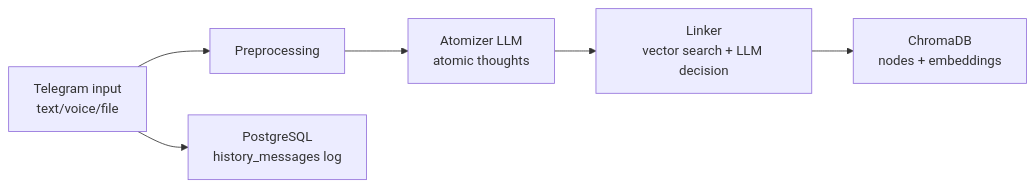
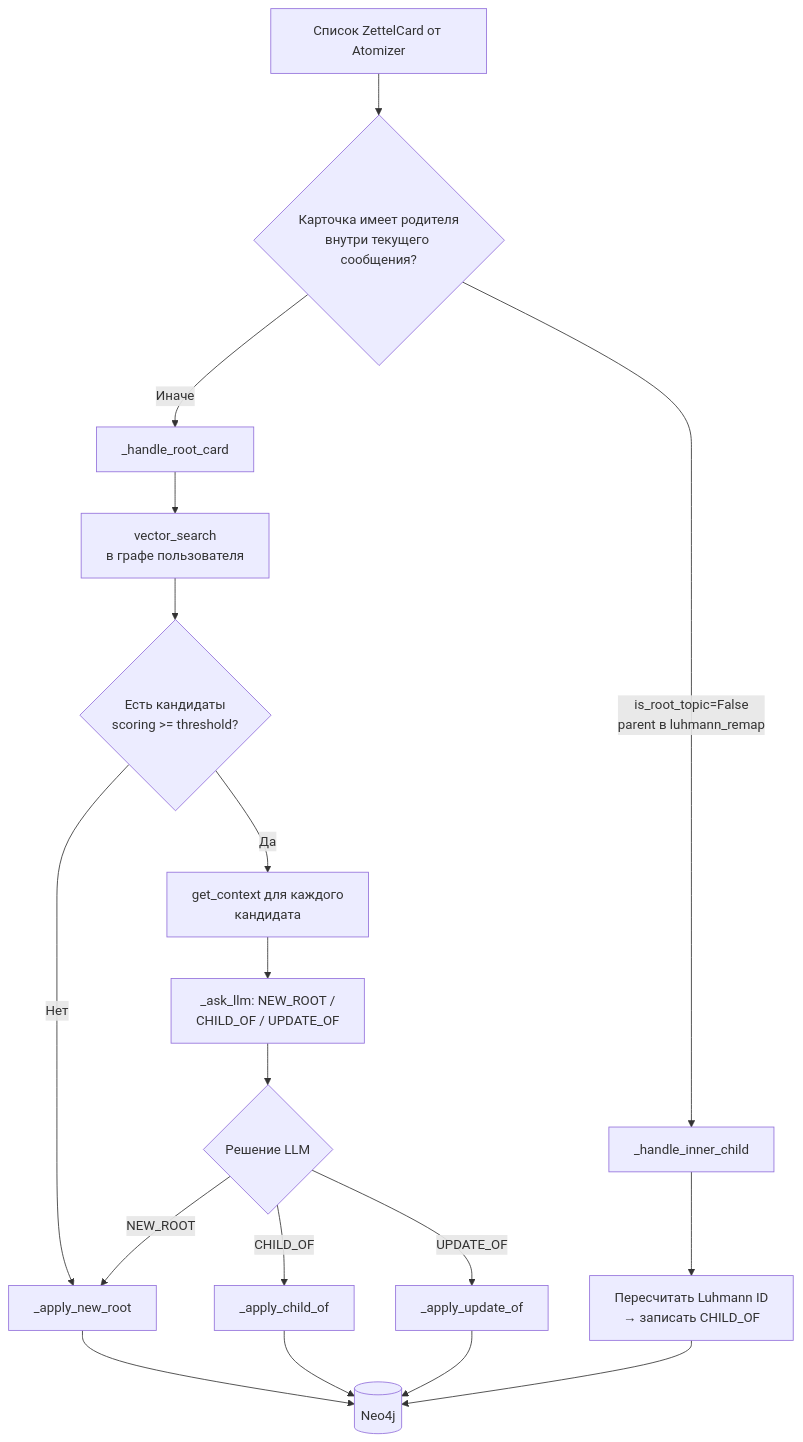
One commit to nastyakon14/Executive_Exocortex changed the first of 4 diagrams in README.md. Above: the diagram before and after it, drawn with Mermaid. The commit also changed other lines of this file and 24 other files, not shown here.

Commit message:
add graphrag and vizualize dashboard

````diff
--- a/README.md
+++ b/README.md
@@ -71,8 +360,20 @@
 ```mermaid
-flowchart LR
-    A[Telegram input\ntext/voice/file] --> B[Preprocessing]
-    B --> C[Atomizer LLM\natomic thoughts]
-    C --> D[Linker\nvector search + LLM decision]
-    D --> E[ChromaDB\nnodes + embeddings]
-    A --> F[PostgreSQL\nhistory_messages log]
+flowchart TD
+    A[Список ZettelCard от Atomizer] --> B{Карточка имеет родителя\nвнутри текущего сообщения?}
+    B -->|is_root_topic=False\nparent в luhmann_remap| C[_handle_inner_child]
+    B -->|Иначе| D[_handle_root_card]
+    C --> E[Пересчитать Luhmann ID\n→ записать CHILD_OF]
+    D --> F[vector_search\nв графе пользователя]
+    F --> G{Есть кандидаты\nscoring >= threshold?}
+    G -->|Нет| H[_apply_new_root]
+    G -->|Да| I[get_context для каждого\nкандидата]
+    I --> J[_ask_llm: NEW_ROOT /\nCHILD_OF / UPDATE_OF]
+    J --> K{Решение LLM}
+    K -->|NEW_ROOT| H
+    K -->|CHILD_OF| L[_apply_child_of]
+    K -->|UPDATE_OF| M[_apply_update_of]
+    H --> N[(Neo4j)]
+    L --> N
+    M --> N
+    E --> N
 ```
````
